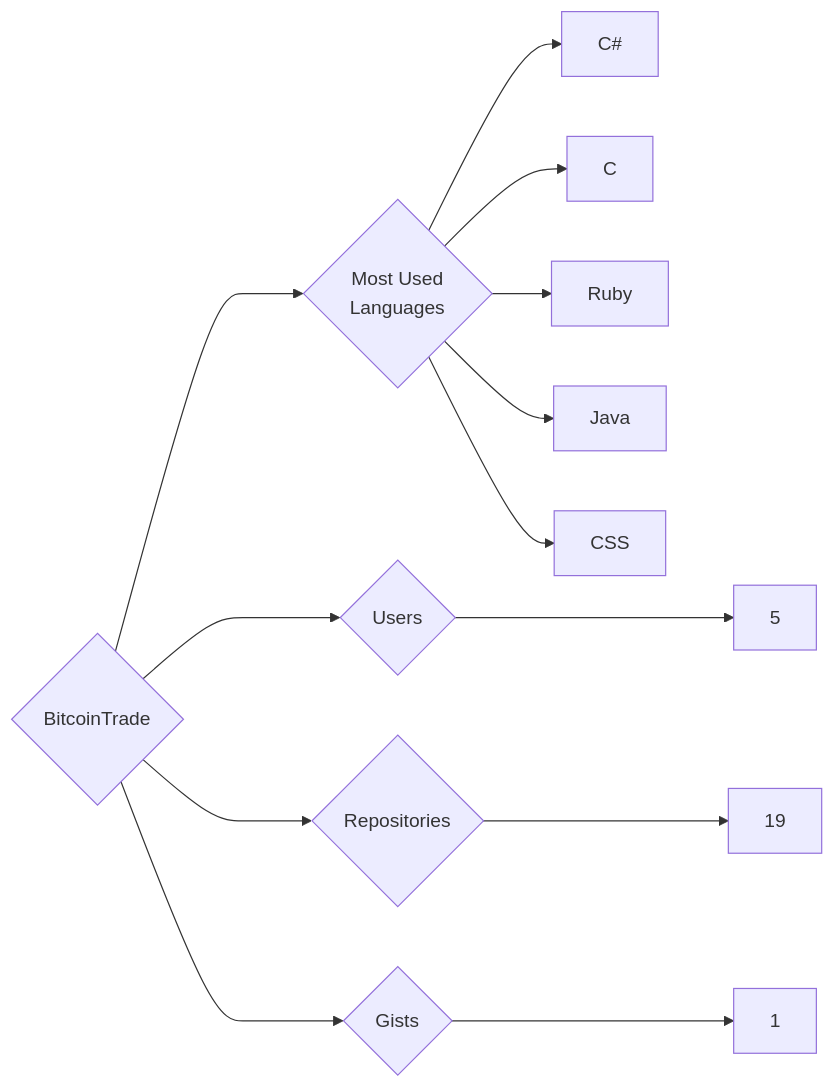
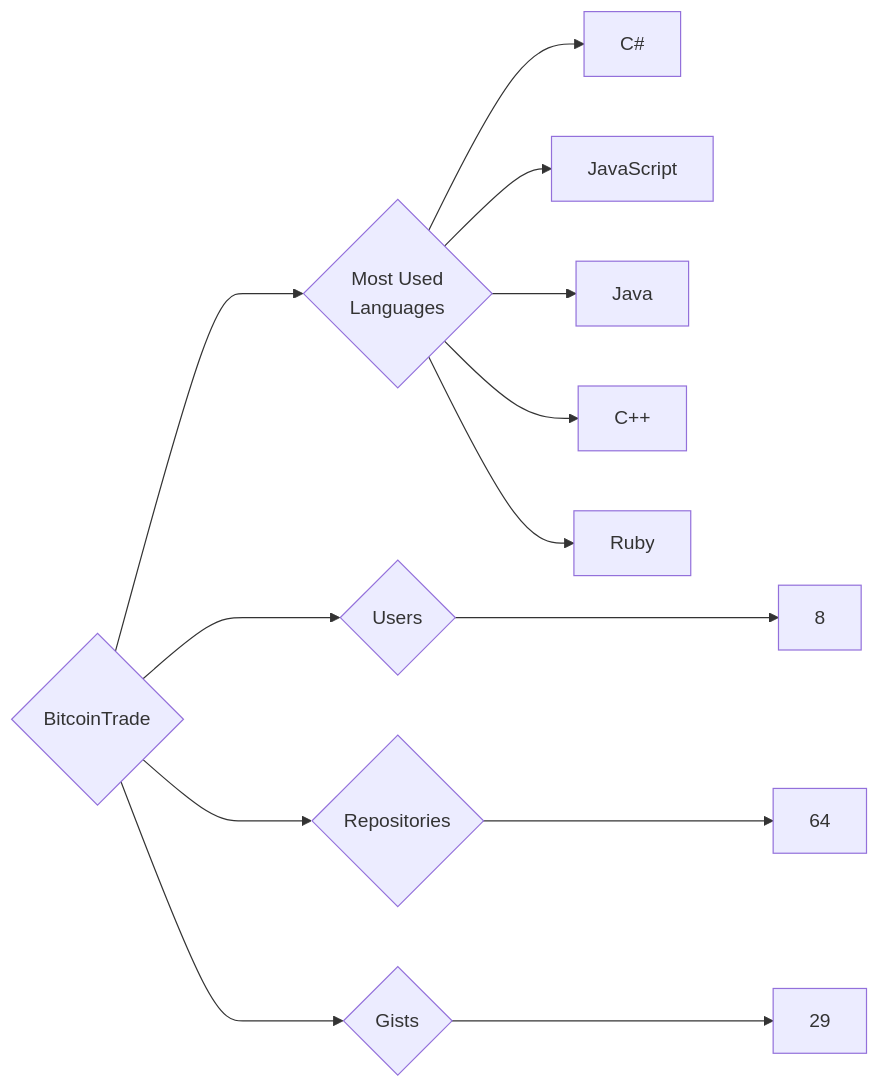
The diagram in targets/BitcoinTrade/README.md (trickest/insiders), drawn with Mermaid before and after one commit. The commit also changed 1212 other files, not shown here.

````diff
--- a/targets/BitcoinTrade/README.md
+++ b/targets/BitcoinTrade/README.md
@@ -3,13 +3,13 @@
 ```mermaid
 graph LR
 COMPANY_NAME{BitcoinTrade}
-COMPANY_NAME ---> U{Users} ---> UN[5]
-COMPANY_NAME ---> R{Repositories} ---> RN[19]
-COMPANY_NAME ---> G{Gists} ---> GN[1]
+COMPANY_NAME ---> U{Users} ---> UN[8]
+COMPANY_NAME ---> R{Repositories} ---> RN[64]
+COMPANY_NAME ---> G{Gists} ---> GN[29]
 COMPANY_NAME ---> ML{Most Used<br>Languages}
 ML --> C#[C#]
-ML --> C[C]
+ML --> JavaScript[JavaScript]
+ML --> Java[Java]
+ML --> C++[C++]
 ML --> Ruby[Ruby]
-ML --> Java[Java]
-ML --> CSS[CSS]
 ```
````
